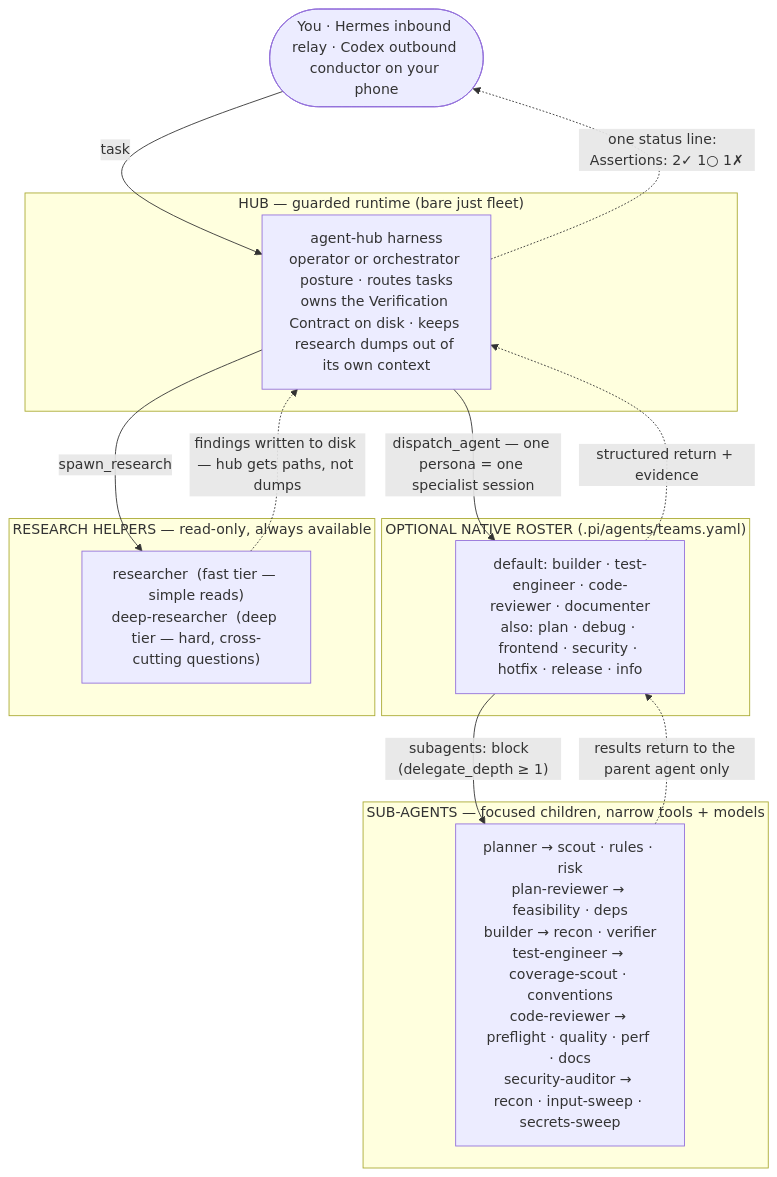
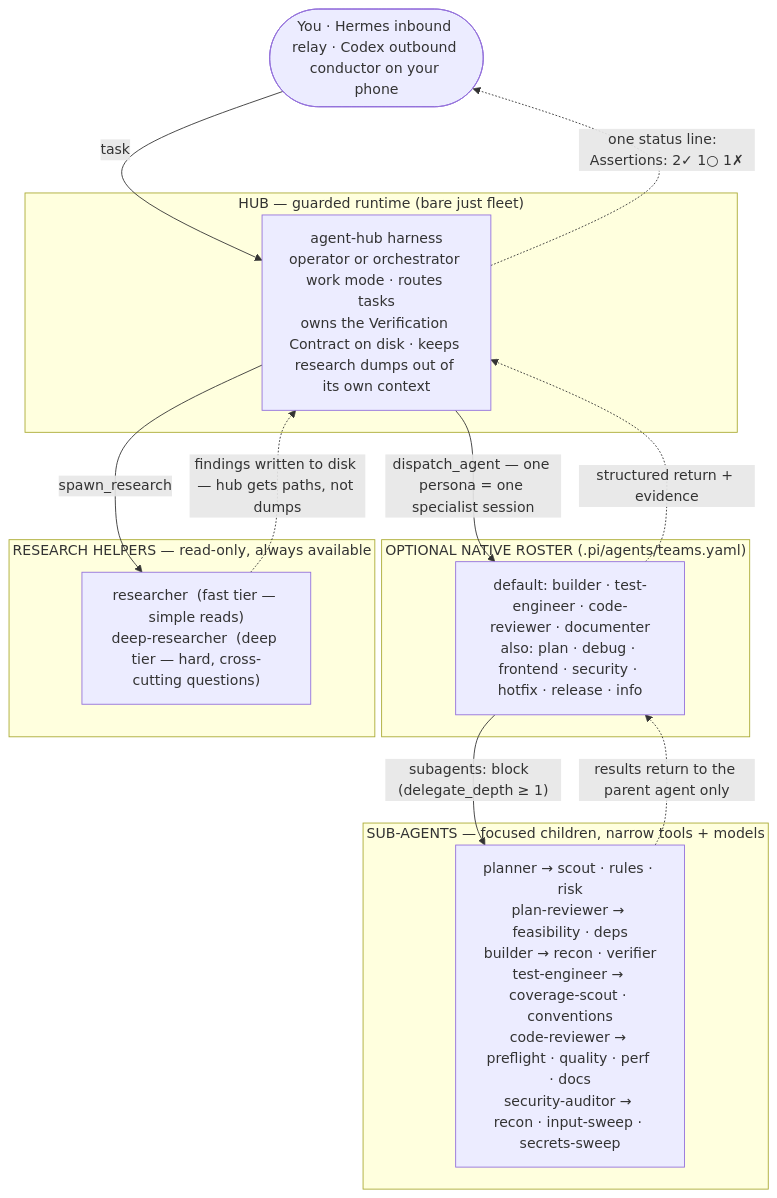
The first of 2 diagrams in docs/ARCHITECTURE.md (chankov/agent-fleet), drawn with Mermaid before and after one commit. The commit also changed other lines of this file and 42 other files, not shown here.

Commit message:
Rename agent-hub posture to work mode

````diff
--- a/docs/ARCHITECTURE.md
+++ b/docs/ARCHITECTURE.md
@@ -90,29 +90,29 @@
 ```mermaid
 flowchart TD
     You(["You · Hermes inbound relay · Codex outbound conductor on your phone"])
 
     subgraph HUBL["HUB — guarded runtime  (bare just fleet)"]
-        Hub["agent-hub harness<br/>operator or orchestrator posture · routes tasks<br/>owns the Verification Contract on disk · keeps research dumps out of its own context"]
+        Hub["agent-hub harness<br/>operator or orchestrator work mode · routes tasks<br/>owns the Verification Contract on disk · keeps research dumps out of its own context"]
     end
 
     subgraph TEAML["OPTIONAL NATIVE ROSTER  (.pi/agents/teams.yaml)"]
         Team["default: builder · test-engineer · code-reviewer · documenter<br/>also: plan · debug · frontend · security · hotfix · release · info"]
     end
 
     subgraph RESL["RESEARCH HELPERS — read-only, always available"]
         Research["researcher  (fast tier — simple reads)<br/>deep-researcher  (deep tier — hard, cross-cutting questions)"]
     end
 
     subgraph SUBL["SUB-AGENTS — focused children, narrow tools + models"]
         Subs["planner → scout · rules · risk<br/>plan-reviewer → feasibility · deps<br/>builder → recon · verifier<br/>test-engineer → coverage-scout · conventions<br/>code-reviewer → preflight · quality · perf · docs<br/>security-auditor → recon · input-sweep · secrets-sweep"]
     end
 
     You -->|task| Hub
     Hub -->|"dispatch_agent — one persona = one specialist session"| Team
     Hub -->|"spawn_research"| Research
     Research -.->|"findings written to disk — hub gets paths, not dumps"| Hub
     Team -->|"subagents: block  (delegate_depth ≥ 1)"| Subs
     Subs -.->|"results return to the parent agent only"| Team
     Team -.->|"structured return + evidence"| Hub
     Hub -.->|"one status line:  Assertions: 2✓ 1○ 1✗"| You
 ```
````
